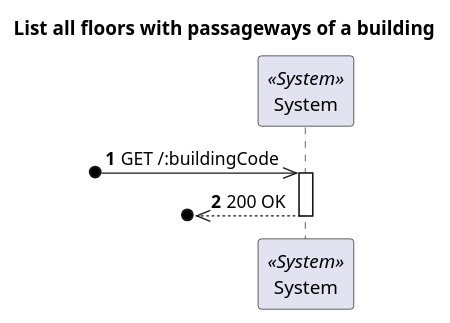
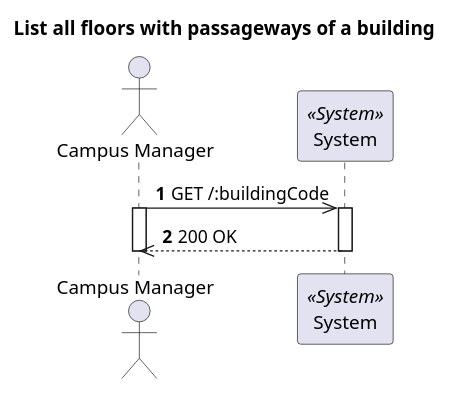
One commit to 1210910/lapr5 changed the diagram in docs/VistaProcesso/US220(1200)/ProcessView_Level1_US220_1200.puml. Above: the diagram before and after it, drawn with PlantUML. The commit also changed 14 other files, not shown here.

Commit message:
Fixed diagrams (actor)

```diff
--- a/docs/VistaProcesso/US220(1200)/ProcessView_Level1_US220_1200.puml
+++ b/docs/VistaProcesso/US220(1200)/ProcessView_Level1_US220_1200.puml
@@ -1,19 +1,22 @@
 @startuml
 'https://plantuml.com/sequence-diagram
 
 autonumber
 skinparam packageStyle rect
 
 title List all floors with passageways of a building
 
+actor "Campus Manager" as CM
 participant "System" as Sys <<System>>
 
-?o->> Sys : GET /:buildingCode
+CM->> Sys : GET /:buildingCode
 
+activate CM
 activate Sys
 
-?o<<--Sys : 200 OK
+CM<<--Sys : 200 OK
 
 deactivate Sys
+deactivate CM
 
 @enduml
```
